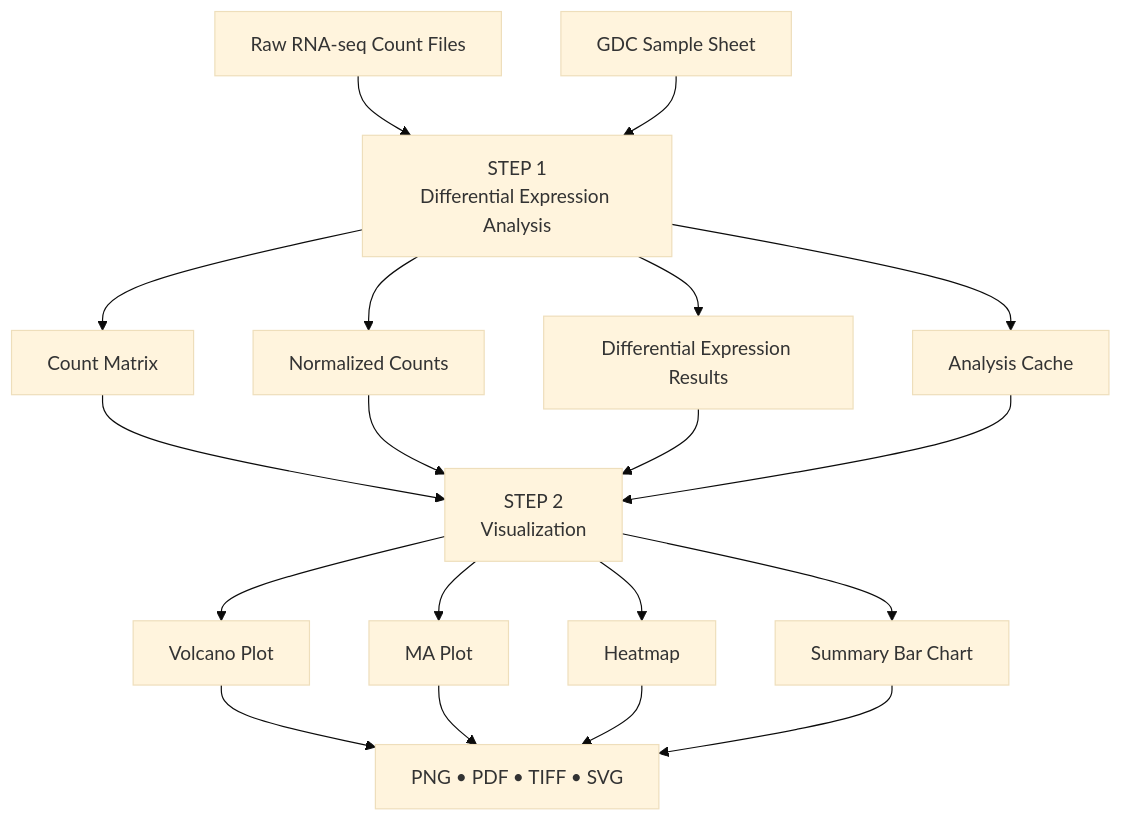
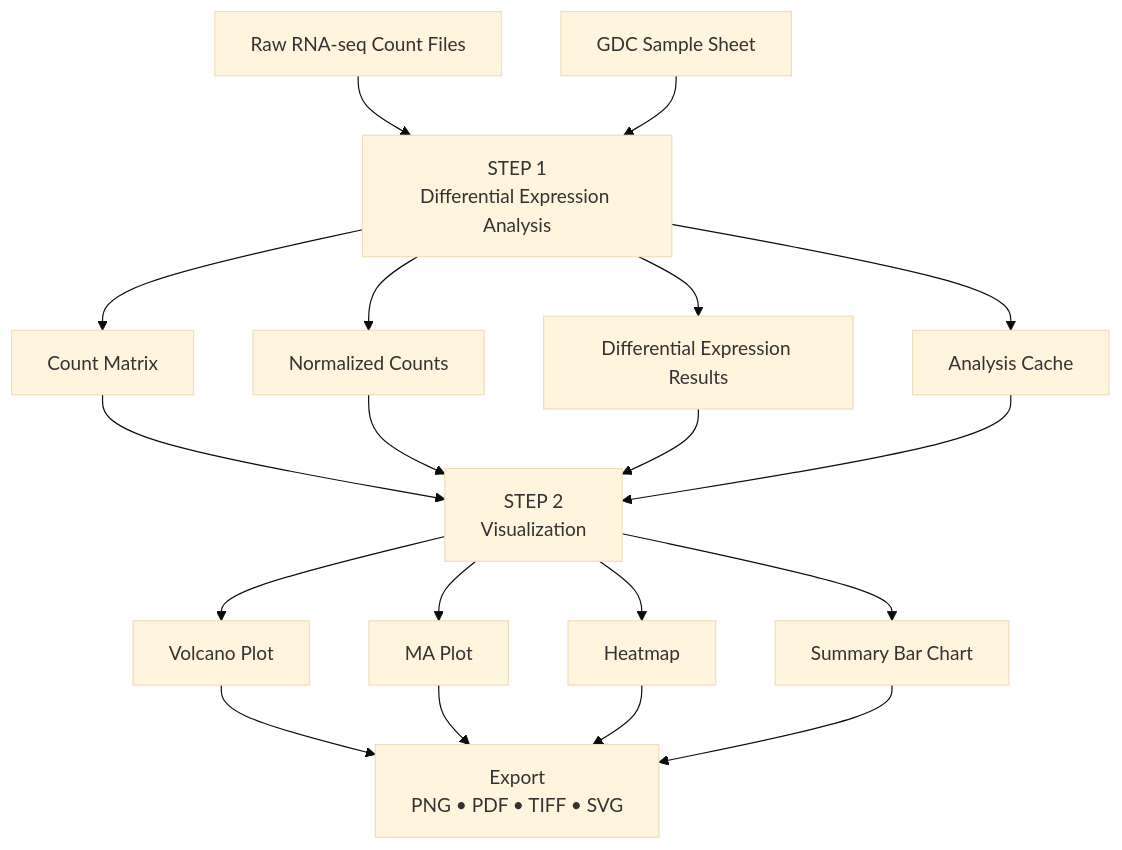
Before and after one commit to alirezabk1382927-sys/DEG-Pipeline-Visualizer: the diagram in README.md, drawn with Mermaid (base theme). The commit also changed other lines of this file, not shown here.

````diff
--- a/README.md
+++ b/README.md
@@ -163,35 +130,33 @@
 ```mermaid
 flowchart TD
 
     A[Raw RNA-seq Count Files]
     B[GDC Sample Sheet]
 
     A --> C
     B --> C
 
-    C[STEP 1<br/>Differential Expression Analysis]
+    C["STEP 1<br/>Differential Expression Analysis"]
 
     C --> D1[Count Matrix]
     C --> D2[Normalized Counts]
     C --> D3[Differential Expression Results]
     C --> D4[Analysis Cache]
 
     D1 --> E
     D2 --> E
     D3 --> E
     D4 --> E
 
-    E[STEP 2<br/>Visualization]
+    E["STEP 2<br/>Visualization"]
 
     E --> F[Volcano Plot]
     E --> G[MA Plot]
     E --> H[Heatmap]
     E --> I[Summary Bar Chart]
 
-    F --> J[Export]
+    F --> J["Export<br/>PNG • PDF • TIFF • SVG"]
     G --> J
     H --> J
     I --> J
-
-    J[PNG • PDF • TIFF • SVG]
 ```
````
